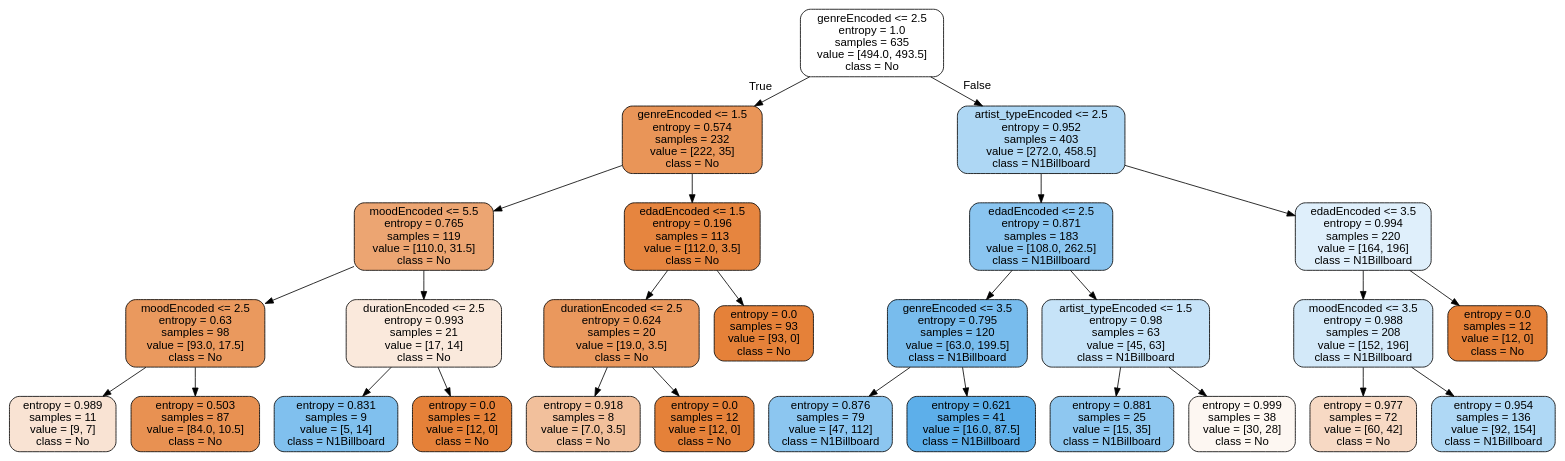
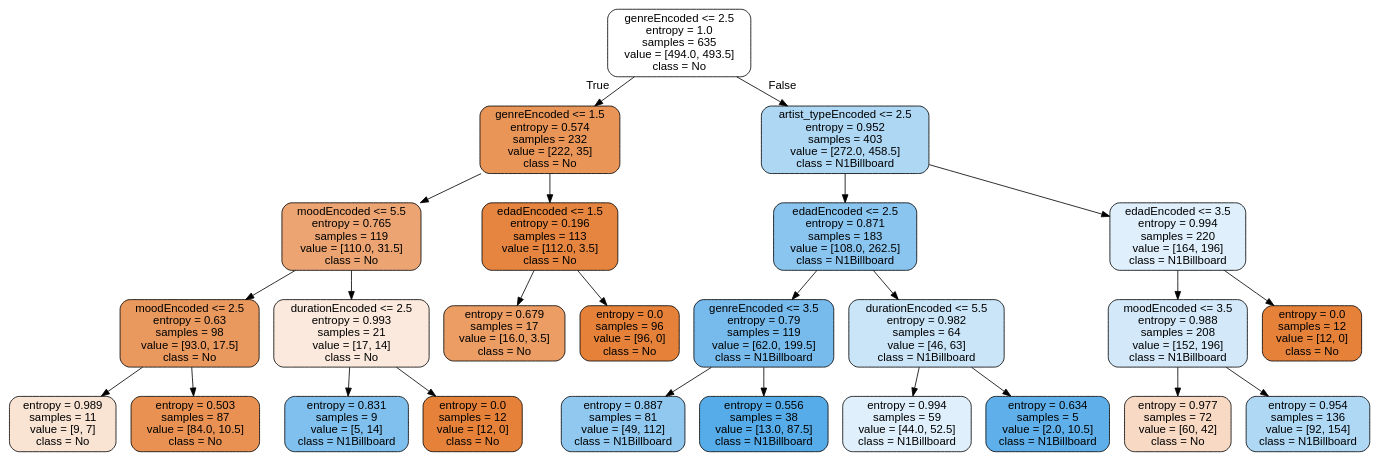
Before and after one commit to haydemtzl/DeCeroaCienGen2023-01: the diagram in Clase11/tree1.dot, drawn with Graphviz. The commit also changed 17 other files, not shown here.

```diff
--- a/Clase11/tree1.dot
+++ b/Clase11/tree1.dot
@@ -1,57 +1,53 @@
 digraph Tree {
 node [shape=box, style="filled, rounded", color="black", fontname="helvetica"] ;
 edge [fontname="helvetica"] ;
 0 [label="genreEncoded <= 2.5\nentropy = 1.0\nsamples = 635\nvalue = [494.0, 493.5]\nclass = No", fillcolor="#ffffff"] ;
 1 [label="genreEncoded <= 1.5\nentropy = 0.574\nsamples = 232\nvalue = [222, 35]\nclass = No", fillcolor="#e99558"] ;
 0 -> 1 [labeldistance=2.5, labelangle=45, headlabel="True"] ;
 2 [label="moodEncoded <= 5.5\nentropy = 0.765\nsamples = 119\nvalue = [110.0, 31.5]\nclass = No", fillcolor="#eca572"] ;
 1 -> 2 ;
 3 [label="moodEncoded <= 2.5\nentropy = 0.63\nsamples = 98\nvalue = [93.0, 17.5]\nclass = No", fillcolor="#ea995e"] ;
 2 -> 3 ;
 4 [label="entropy = 0.989\nsamples = 11\nvalue = [9, 7]\nclass = No", fillcolor="#f9e3d3"] ;
 3 -> 4 ;
 5 [label="entropy = 0.503\nsamples = 87\nvalue = [84.0, 10.5]\nclass = No", fillcolor="#e89152"] ;
 3 -> 5 ;
 6 [label="durationEncoded <= 2.5\nentropy = 0.993\nsamples = 21\nvalue = [17, 14]\nclass = No", fillcolor="#fae9dc"] ;
 2 -> 6 ;
 7 [label="entropy = 0.831\nsamples = 9\nvalue = [5, 14]\nclass = N1Billboard", fillcolor="#80c0ee"] ;
 6 -> 7 ;
 8 [label="entropy = 0.0\nsamples = 12\nvalue = [12, 0]\nclass = No", fillcolor="#e58139"] ;
 6 -> 8 ;
 9 [label="edadEncoded <= 1.5\nentropy = 0.196\nsamples = 113\nvalue = [112.0, 3.5]\nclass = No", fillcolor="#e6853f"] ;
 1 -> 9 ;
-10 [label="durationEncoded <= 2.5\nentropy = 0.624\nsamples = 20\nvalue = [19.0, 3.5]\nclass = No", fillcolor="#ea985d"] ;
+10 [label="entropy = 0.679\nsamples = 17\nvalue = [16.0, 3.5]\nclass = No", fillcolor="#eb9d64"] ;
 9 -> 10 ;
-11 [label="entropy = 0.918\nsamples = 8\nvalue = [7.0, 3.5]\nclass = No", fillcolor="#f2c09c"] ;
-10 -> 11 ;
-12 [label="entropy = 0.0\nsamples = 12\nvalue = [12, 0]\nclass = No", fillcolor="#e58139"] ;
-10 -> 12 ;
-13 [label="entropy = 0.0\nsamples = 93\nvalue = [93, 0]\nclass = No", fillcolor="#e58139"] ;
-9 -> 13 ;
-14 [label="artist_typeEncoded <= 2.5\nentropy = 0.952\nsamples = 403\nvalue = [272.0, 458.5]\nclass = N1Billboard", fillcolor="#aed7f4"] ;
-0 -> 14 [labeldistance=2.5, labelangle=-45, headlabel="False"] ;
-15 [label="edadEncoded <= 2.5\nentropy = 0.871\nsamples = 183\nvalue = [108.0, 262.5]\nclass = N1Billboard", fillcolor="#8ac5f0"] ;
+11 [label="entropy = 0.0\nsamples = 96\nvalue = [96, 0]\nclass = No", fillcolor="#e58139"] ;
+9 -> 11 ;
+12 [label="artist_typeEncoded <= 2.5\nentropy = 0.952\nsamples = 403\nvalue = [272.0, 458.5]\nclass = N1Billboard", fillcolor="#aed7f4"] ;
+0 -> 12 [labeldistance=2.5, labelangle=-45, headlabel="False"] ;
+13 [label="edadEncoded <= 2.5\nentropy = 0.871\nsamples = 183\nvalue = [108.0, 262.5]\nclass = N1Billboard", fillcolor="#8ac5f0"] ;
+12 -> 13 ;
+14 [label="genreEncoded <= 3.5\nentropy = 0.79\nsamples = 119\nvalue = [62.0, 199.5]\nclass = N1Billboard", fillcolor="#77bbed"] ;
+13 -> 14 ;
+15 [label="entropy = 0.887\nsamples = 81\nvalue = [49, 112]\nclass = N1Billboard", fillcolor="#90c8f0"] ;
 14 -> 15 ;
-16 [label="genreEncoded <= 3.5\nentropy = 0.795\nsamples = 120\nvalue = [63.0, 199.5]\nclass = N1Billboard", fillcolor="#78bced"] ;
-15 -> 16 ;
-17 [label="entropy = 0.876\nsamples = 79\nvalue = [47, 112]\nclass = N1Billboard", fillcolor="#8cc6f0"] ;
-16 -> 17 ;
-18 [label="entropy = 0.621\nsamples = 41\nvalue = [16.0, 87.5]\nclass = N1Billboard", fillcolor="#5dafea"] ;
-16 -> 18 ;
-19 [label="artist_typeEncoded <= 1.5\nentropy = 0.98\nsamples = 63\nvalue = [45, 63]\nclass = N1Billboard", fillcolor="#c6e3f8"] ;
-15 -> 19 ;
-20 [label="entropy = 0.881\nsamples = 25\nvalue = [15, 35]\nclass = N1Billboard", fillcolor="#8ec7f0"] ;
-19 -> 20 ;
-21 [label="entropy = 0.999\nsamples = 38\nvalue = [30, 28]\nclass = No", fillcolor="#fdf7f2"] ;
-19 -> 21 ;
-22 [label="edadEncoded <= 3.5\nentropy = 0.994\nsamples = 220\nvalue = [164, 196]\nclass = N1Billboard", fillcolor="#dfeffb"] ;
-14 -> 22 ;
-23 [label="moodEncoded <= 3.5\nentropy = 0.988\nsamples = 208\nvalue = [152, 196]\nclass = N1Billboard", fillcolor="#d3e9f9"] ;
-22 -> 23 ;
-24 [label="entropy = 0.977\nsamples = 72\nvalue = [60, 42]\nclass = No", fillcolor="#f7d9c4"] ;
-23 -> 24 ;
-25 [label="entropy = 0.954\nsamples = 136\nvalue = [92, 154]\nclass = N1Billboard", fillcolor="#afd8f5"] ;
-23 -> 25 ;
-26 [label="entropy = 0.0\nsamples = 12\nvalue = [12, 0]\nclass = No", fillcolor="#e58139"] ;
-22 -> 26 ;
+16 [label="entropy = 0.556\nsamples = 38\nvalue = [13.0, 87.5]\nclass = N1Billboard", fillcolor="#56ace9"] ;
+14 -> 16 ;
+17 [label="durationEncoded <= 5.5\nentropy = 0.982\nsamples = 64\nvalue = [46, 63]\nclass = N1Billboard", fillcolor="#cae5f8"] ;
+13 -> 17 ;
+18 [label="entropy = 0.994\nsamples = 59\nvalue = [44.0, 52.5]\nclass = N1Billboard", fillcolor="#dfeffb"] ;
+17 -> 18 ;
+19 [label="entropy = 0.634\nsamples = 5\nvalue = [2.0, 10.5]\nclass = N1Billboard", fillcolor="#5fb0ea"] ;
+17 -> 19 ;
+20 [label="edadEncoded <= 3.5\nentropy = 0.994\nsamples = 220\nvalue = [164, 196]\nclass = N1Billboard", fillcolor="#dfeffb"] ;
+12 -> 20 ;
+21 [label="moodEncoded <= 3.5\nentropy = 0.988\nsamples = 208\nvalue = [152, 196]\nclass = N1Billboard", fillcolor="#d3e9f9"] ;
+20 -> 21 ;
+22 [label="entropy = 0.977\nsamples = 72\nvalue = [60, 42]\nclass = No", fillcolor="#f7d9c4"] ;
+21 -> 22 ;
+23 [label="entropy = 0.954\nsamples = 136\nvalue = [92, 154]\nclass = N1Billboard", fillcolor="#afd8f5"] ;
+21 -> 23 ;
+24 [label="entropy = 0.0\nsamples = 12\nvalue = [12, 0]\nclass = No", fillcolor="#e58139"] ;
+20 -> 24 ;
 }
```
